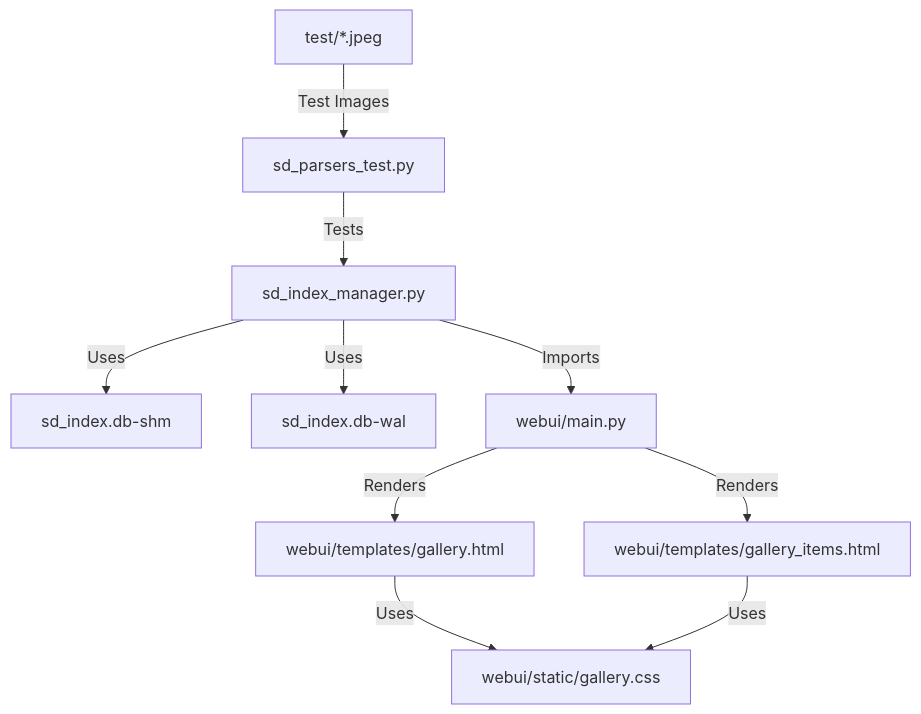
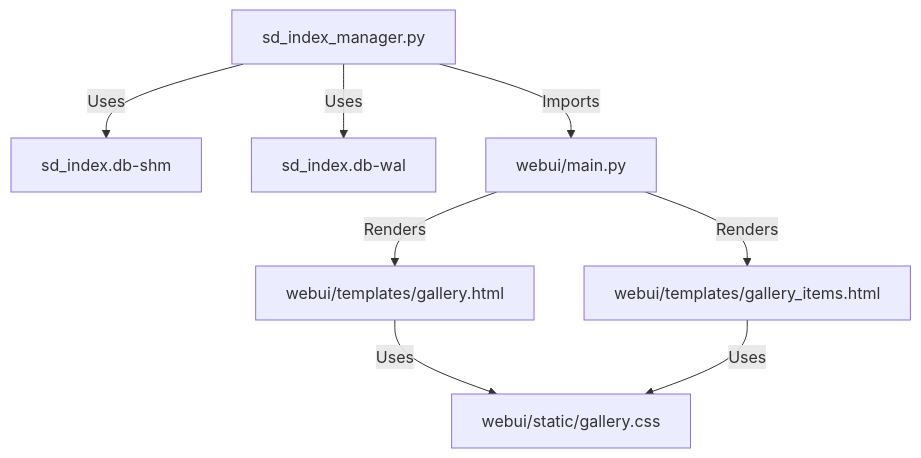
The diagram in README.md (chickenanarchy/sd_image_gallery), drawn with Mermaid before and after one commit. The commit also changed 1 other file, not shown here.

Commit message:
Remove test and test parser nodes from Mermaid chart

````diff
--- a/README.md
+++ b/README.md
@@ -12,12 +12,10 @@
 ```mermaid
 graph TD
     A[sd_index_manager.py] -->|Uses| B[sd_index.db-shm]
     A -->|Uses| C[sd_index.db-wal]
     A -->|Imports| D[webui/main.py]
     D -->|Renders| E[webui/templates/gallery.html]
     D -->|Renders| F[webui/templates/gallery_items.html]
     E -->|Uses| G[webui/static/gallery.css]
     F -->|Uses| G
-    H[sd_parsers_test.py] -->|Tests| A
-    I[test/*.jpeg] -->|Test Images| H
 ```
````
